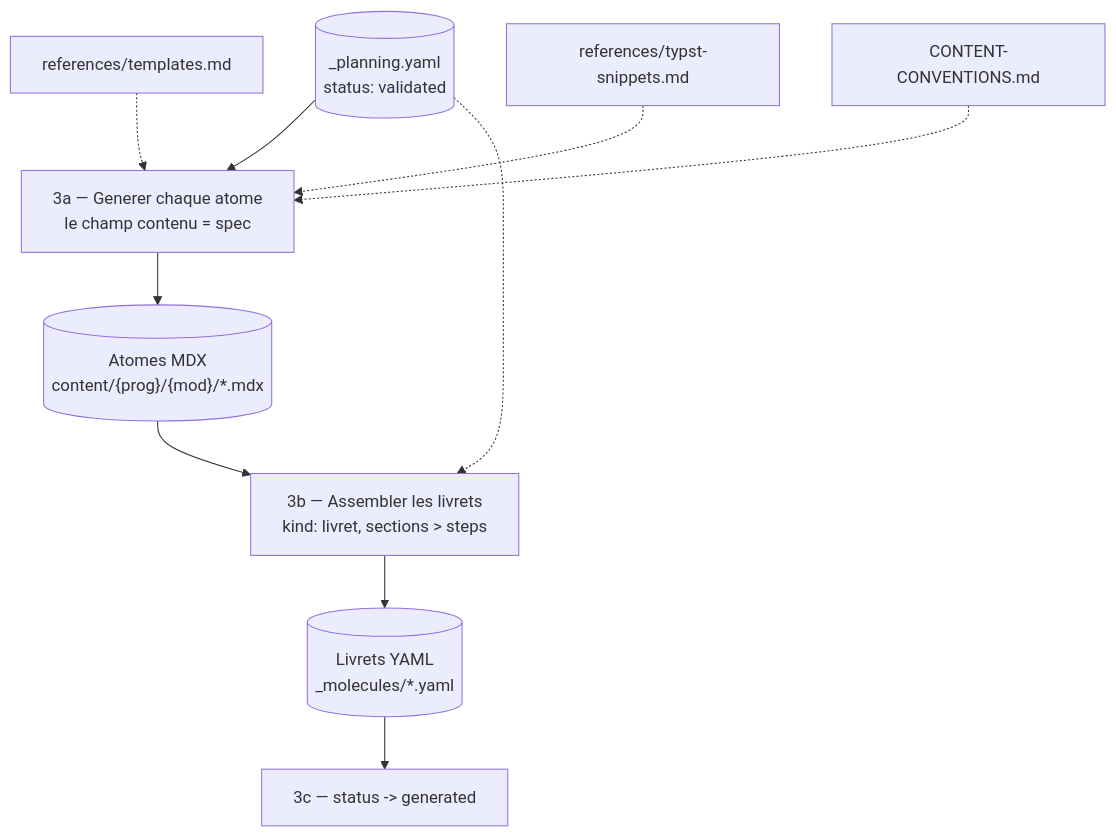
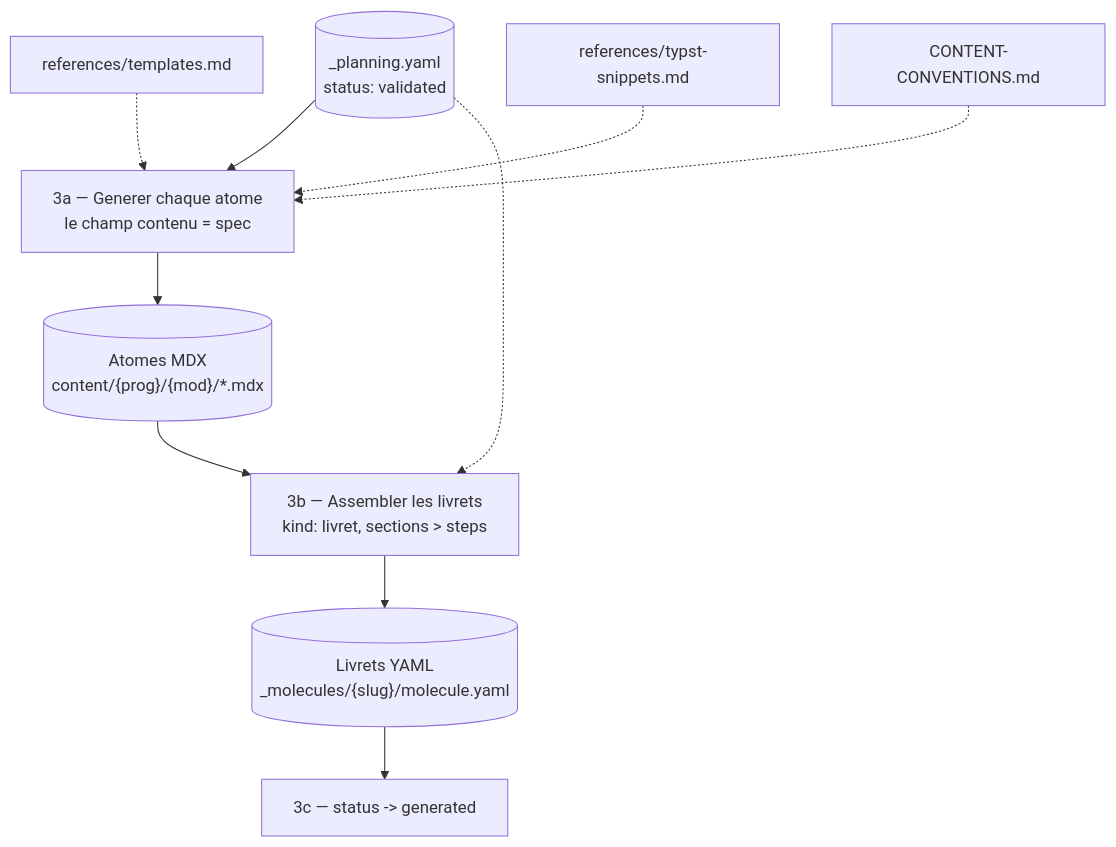
Before and after one commit to bilalYezzaGit/learning-web: the fifth of 7 diagrams in docs/content-agentic-workflow.md, drawn with Mermaid. The commit also changed other lines of this file and 47 other files, not shown here.

````diff
--- a/docs/content-agentic-workflow.md
+++ b/docs/content-agentic-workflow.md
@@ -179,12 +179,12 @@
 ```mermaid
 flowchart TD
     PlanV[("_planning.yaml\nstatus: validated")] --> GenAtomes["3a — Generer chaque atome\nle champ contenu = spec"]
     TPL["references/templates.md"] -.-> GenAtomes
     TYPST["references/typst-snippets.md"] -.-> GenAtomes
     CONV["CONTENT-CONVENTIONS.md"] -.-> GenAtomes
     GenAtomes --> Atomes[("Atomes MDX\ncontent/{prog}/{mod}/*.mdx")]
     Atomes --> GenMol["3b — Assembler les livrets\nkind: livret, sections > steps"]
     PlanV -.-> GenMol
-    GenMol --> Molecules[("Livrets YAML\n_molecules/*.yaml")]
+    GenMol --> Molecules[("Livrets YAML\n_molecules/{slug}/molecule.yaml")]
     Molecules --> Status["3c — status -> generated"]
 ```
````
